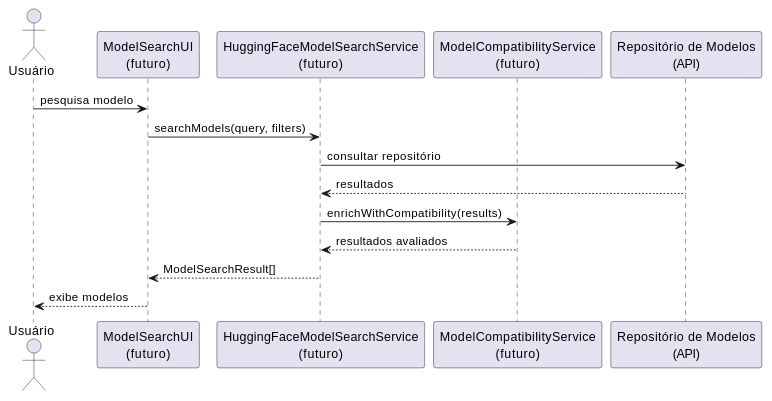
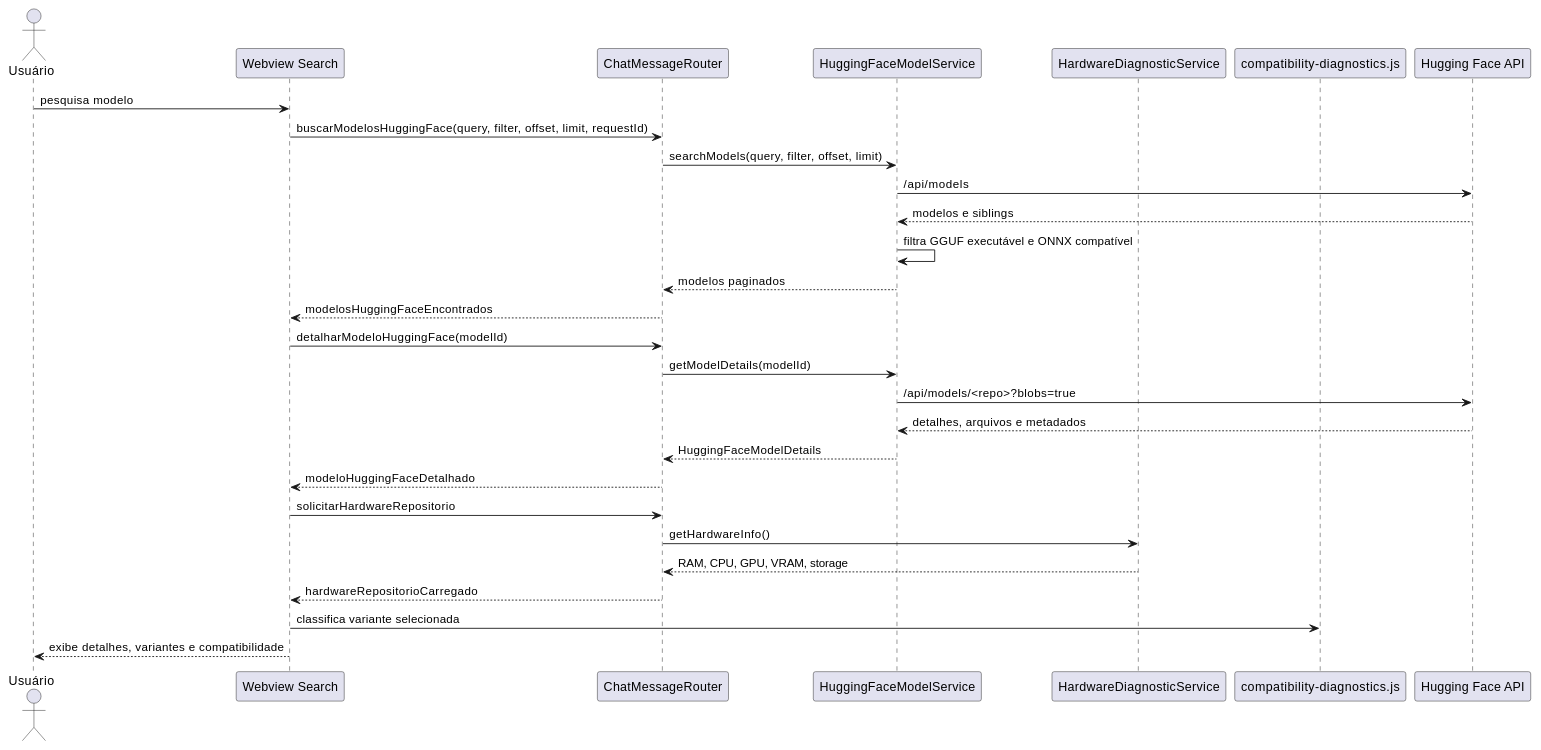
One commit to JVictorVI/ATLAS changed diagram 36 of 40 in docs/plantuml-diagramas-por-caso-de-uso-atlas.md. Above: the diagram before and after it, drawn with PlantUML. The commit also changed other lines of this file and 15 other files, not shown here.

````diff
--- a/docs/plantuml-diagramas-por-caso-de-uso-atlas.md
+++ b/docs/plantuml-diagramas-por-caso-de-uso-atlas.md
@@ -1298,19 +1315,33 @@
 ```plantuml
 @startuml
 skinparam shadowing false
 actor Usuário
-participant "ModelSearchUI\n(futuro)" as UI
-participant "HuggingFaceModelSearchService\n(futuro)" as Search
-participant "ModelCompatibilityService\n(futuro)" as Compatibility
-participant "Repositório de Modelos\n(API)" as RepoAPI
+participant "Webview Search" as UI
+participant ChatMessageRouter as Router
+participant HuggingFaceModelService as HF
+participant HardwareDiagnosticService as Hardware
+participant "compatibility-diagnostics.js" as Compatibility
+participant "Hugging Face API" as RepoAPI
 
 Usuário -> UI : pesquisa modelo
-UI -> Search : searchModels(query, filters)
-Search -> RepoAPI : consultar repositório
-RepoAPI --> Search : resultados
-Search -> Compatibility : enrichWithCompatibility(results)
-Compatibility --> Search : resultados avaliados
-Search --> UI : ModelSearchResult[]
-UI --> Usuário : exibe modelos
+UI -> Router : buscarModelosHuggingFace(query, filter, offset, limit, requestId)
+Router -> HF : searchModels(query, filter, offset, limit)
+HF -> RepoAPI : /api/models
+RepoAPI --> HF : modelos e siblings
+HF -> HF : filtra GGUF executável e ONNX compatível
+HF --> Router : modelos paginados
+Router --> UI : modelosHuggingFaceEncontrados
+UI -> Router : detalharModeloHuggingFace(modelId)
+Router -> HF : getModelDetails(modelId)
+HF -> RepoAPI : /api/models/<repo>?blobs=true
+RepoAPI --> HF : detalhes, arquivos e metadados
+HF --> Router : HuggingFaceModelDetails
+Router --> UI : modeloHuggingFaceDetalhado
+UI -> Router : solicitarHardwareRepositorio
+Router -> Hardware : getHardwareInfo()
+Hardware --> Router : RAM, CPU, GPU, VRAM, storage
+Router --> UI : hardwareRepositorioCarregado
+UI -> Compatibility : classifica variante selecionada
+UI --> Usuário : exibe detalhes, variantes e compatibilidade
 @enduml
 ```
````
